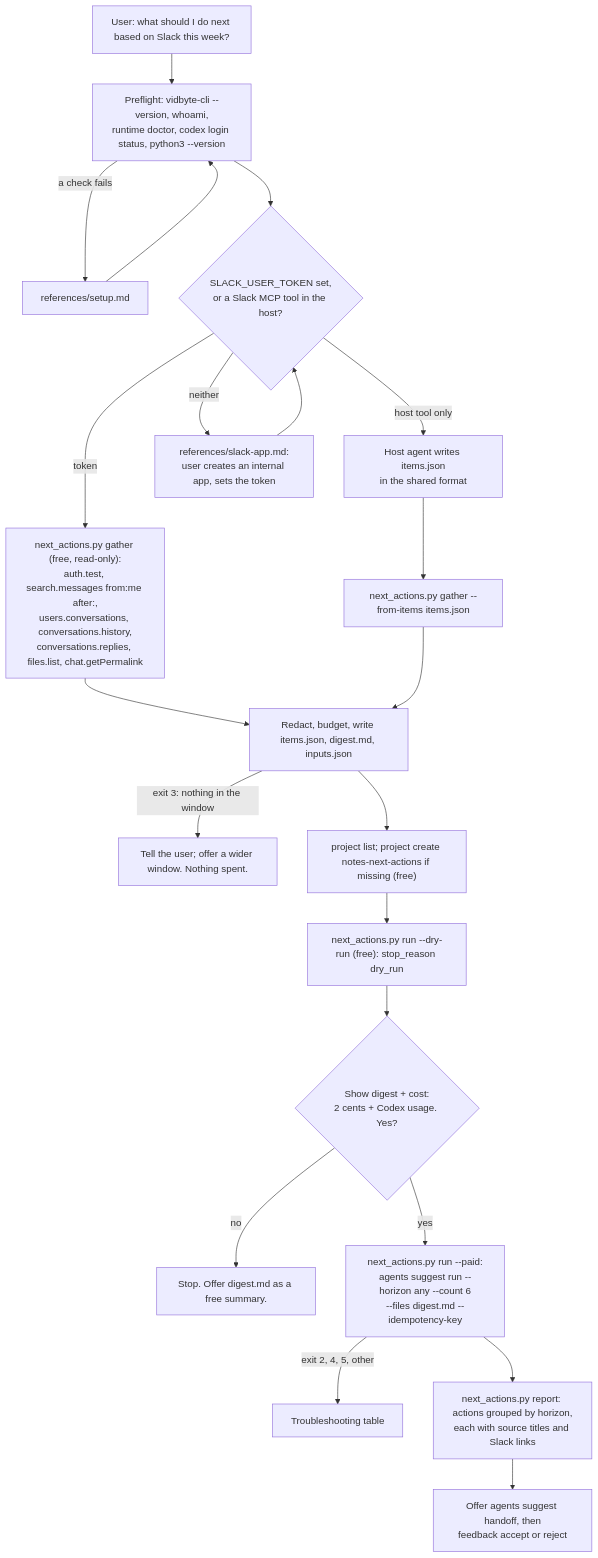
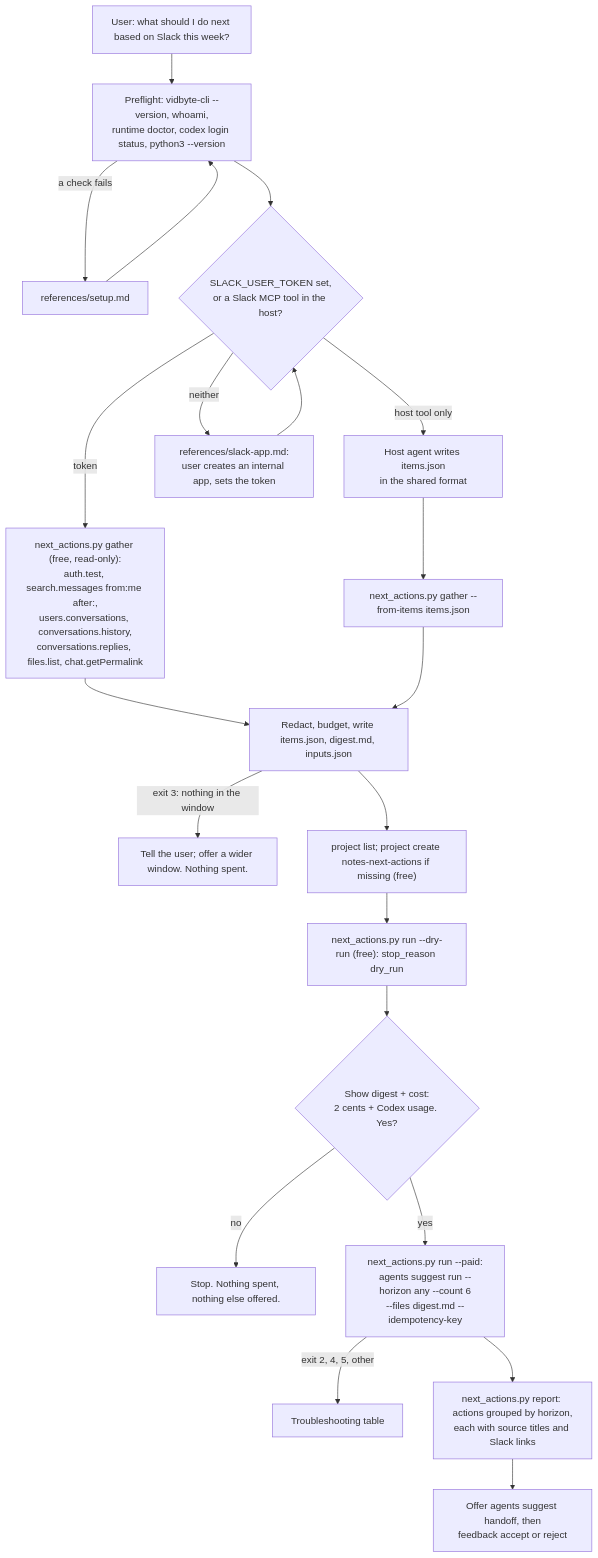
The diagram in docs/design/next-actions-from-slack.md (cerredz/vidbyte-cli), drawn with Mermaid before and after one commit. The commit also changed 69 other files, not shown here.

````diff
--- a/docs/design/next-actions-from-slack.md
+++ b/docs/design/next-actions-from-slack.md
@@ -28,20 +28,20 @@
 ```mermaid
 flowchart TD
     A["User: what should I do next based on Slack this week?"] --> B["Preflight: vidbyte-cli --version, whoami,<br/>runtime doctor, codex login status, python3 --version"]
     B -->|a check fails| S["references/setup.md"] --> B
     B --> T{"SLACK_USER_TOKEN set,<br/>or a Slack MCP tool in the host?"}
     T -->|token| G["next_actions.py gather (free, read-only):<br/>auth.test, search.messages from:me after:,<br/>users.conversations, conversations.history,<br/>conversations.replies, files.list, chat.getPermalink"]
     T -->|host tool only| H["Host agent writes items.json<br/>in the shared format"] --> G2["next_actions.py gather --from-items items.json"]
     T -->|neither| R["references/slack-app.md:<br/>user creates an internal app, sets the token"] --> T
     G --> D["Redact, budget, write items.json, digest.md, inputs.json"]
     G2 --> D
     D -->|exit 3: nothing in the window| Z["Tell the user; offer a wider window. Nothing spent."]
     D --> P["project list; project create notes-next-actions if missing (free)"]
     P --> Y["next_actions.py run --dry-run (free): stop_reason dry_run"]
     Y --> C{"Show digest + cost:<br/>2 cents + Codex usage. Yes?"}
-    C -->|no| Z2["Stop. Offer digest.md as a free summary."]
+    C -->|no| Z2["Stop. Nothing spent, nothing else offered."]
     C -->|yes| E["next_actions.py run --paid:<br/>agents suggest run --horizon any --count 6<br/>--files digest.md --idempotency-key"]
     E -->|exit 2, 4, 5, other| X["Troubleshooting table"]
     E --> F["next_actions.py report: actions grouped by horizon,<br/>each with source titles and Slack links"]
     F --> O["Offer agents suggest handoff, then<br/>feedback accept or reject"]
 ```
````
